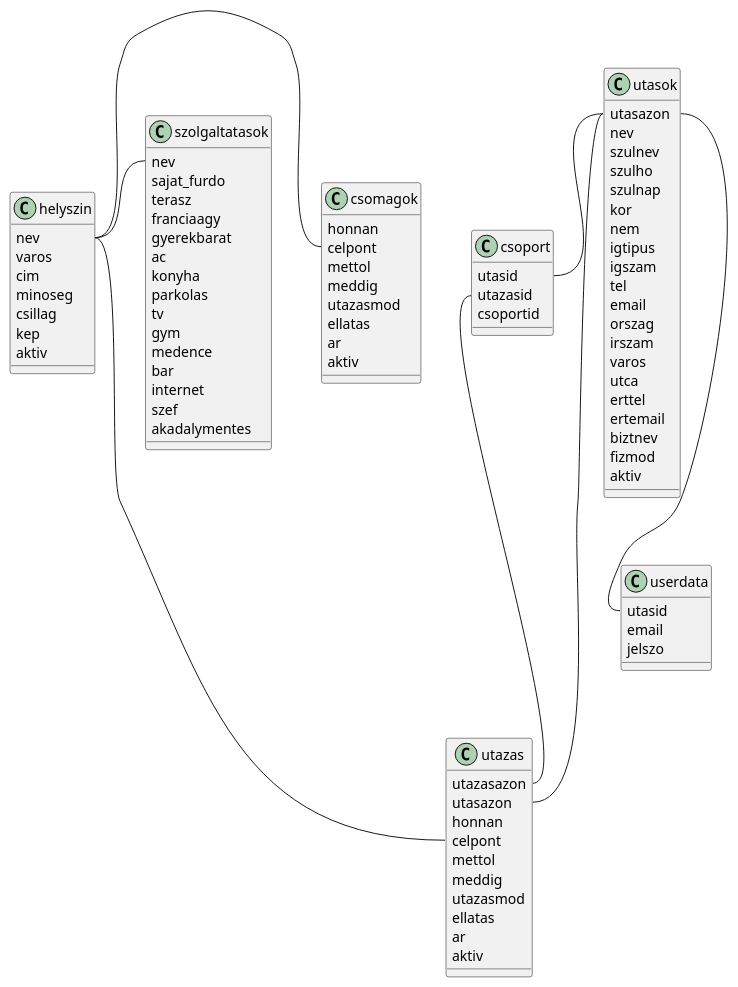
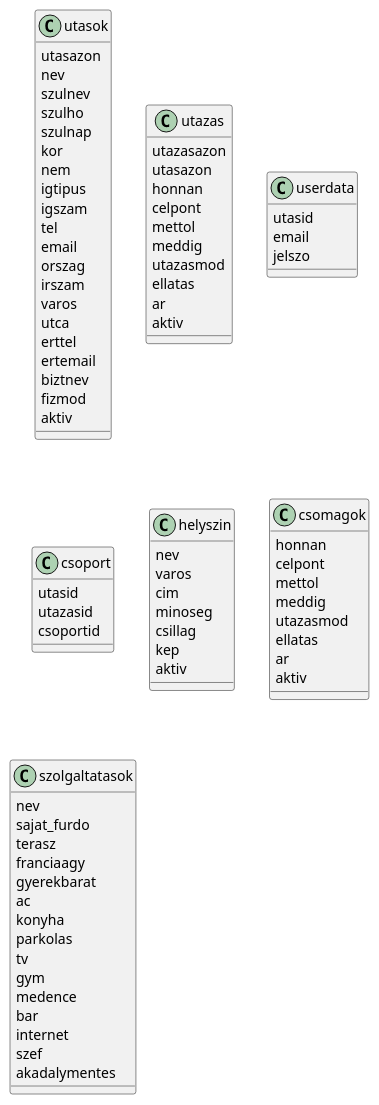
Before and after one commit to PeacefulAvocado/JourneyMasters: the diagram in main.puml, drawn with PlantUML. The commit also changed 3 other files, not shown here.

```diff
--- a/main.puml
+++ b/main.puml
@@ -1,103 +1,97 @@
-@startuml Database-structure
-
+@startuml main
 
 
 class utasok{
     utasazon
     nev
     szulnev
     szulho
     szulnap
     kor
     nem
     igtipus
     igszam
     tel
     email
     orszag
     irszam
     varos
     utca
     erttel
     ertemail
     biztnev
     fizmod
     aktiv
+
 }
 
 class utazas{
     utazasazon
     utasazon
     honnan
     celpont
     mettol
     meddig
     utazasmod
     ellatas
     ar
     aktiv
 
 }
 
 class userdata {
     utasid
     email
     jelszo
 }
 
 class csoport{
     utasid
     utazasid
     csoportid
 }
 
 class helyszin {
     nev
     varos
     cim
     minoseg
     csillag
     kep
     aktiv
 }
 
 class csomagok {
     honnan
     celpont
     mettol
     meddig
     utazasmod
     ellatas
     ar
     aktiv
 }
 
 class szolgaltatasok {
     nev
     sajat_furdo
     terasz
     franciaagy
     gyerekbarat
     ac
     konyha
     parkolas
     tv
     gym
     medence
     bar
     internet
     szef
     akadalymentes
 }
 
 
-utasok::utasazon -right- utazas::utasazon
-utasok::utasazon -down- userdata::utasid
-csoport::utasid -right- utasok::utasazon
-csoport::utazasid --- utazas::utazasazon
-helyszin::nev --- utazas::celpont
-csomagok::celpont -left- helyszin::nev
-szolgaltatasok::nev -left- helyszin::nev
+
 
 
 @enduml
```
